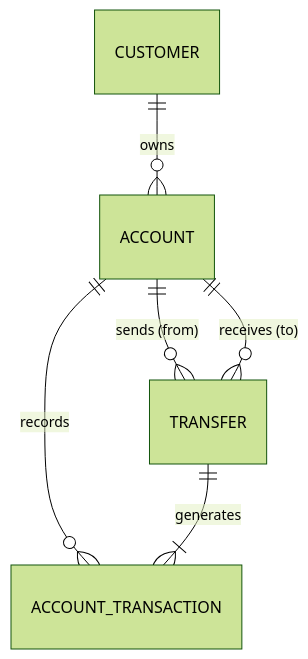
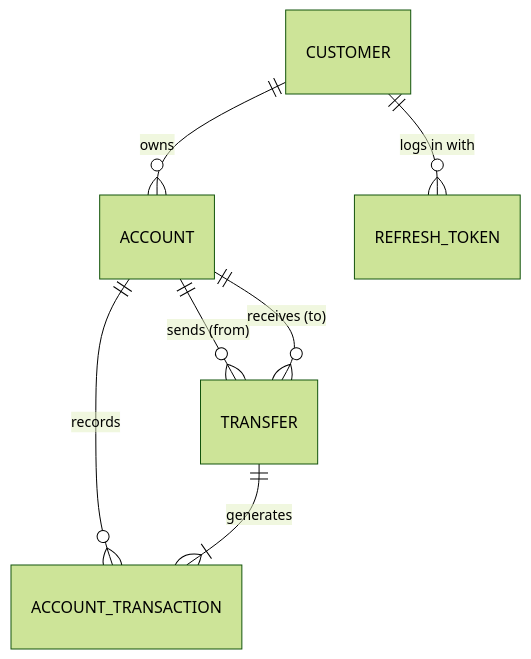
The first of 3 diagrams in functional-analysis.md (antonio-scognamiglio/bonify-api), drawn with Mermaid (forest theme) before and after one commit. The commit also changed other lines of this file and 1 other file, not shown here.

````diff
--- a/functional-analysis.md
+++ b/functional-analysis.md
@@ -277,8 +291,9 @@
 ```mermaid
 erDiagram
     CUSTOMER ||--o{ ACCOUNT : owns
+    CUSTOMER ||--o{ REFRESH_TOKEN : "logs in with"
     ACCOUNT ||--o{ ACCOUNT_TRANSACTION : records
     ACCOUNT ||--o{ TRANSFER : "sends (from)"
     ACCOUNT ||--o{ TRANSFER : "receives (to)"
     TRANSFER ||--|{ ACCOUNT_TRANSACTION : generates
 ```
````
